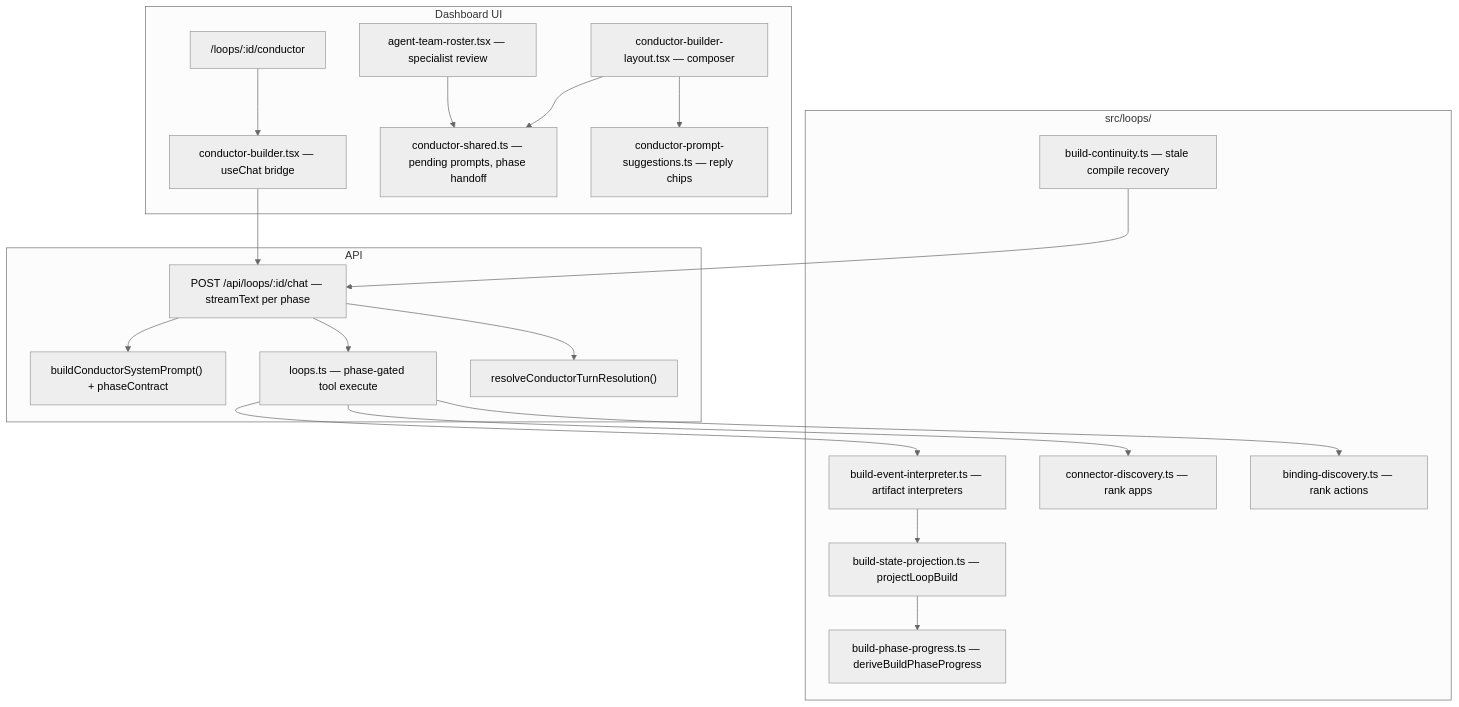
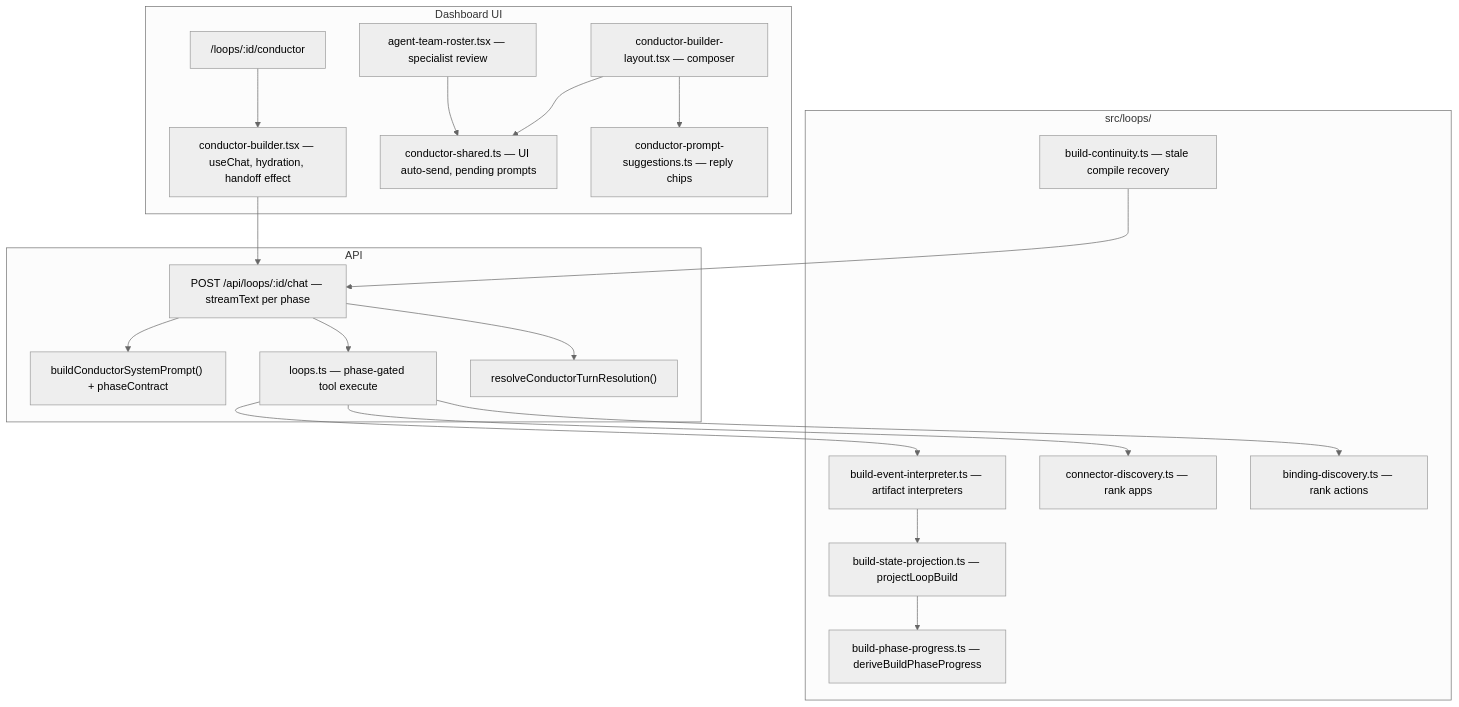
One commit to Dinuda/tallei-ai changed the second of 4 diagrams in docs/conductor.md. Above: the diagram before and after it, drawn with Mermaid (neutral theme). The commit also changed other lines of this file and 224 other files, not shown here.

````diff
--- a/docs/conductor.md
+++ b/docs/conductor.md
@@ -130,41 +126,41 @@
 ```mermaid
 flowchart TB
   subgraph ui ["Dashboard UI"]
     Page["/loops/:id/conductor"]
-    Bridge["conductor-builder.tsx — useChat bridge"]
+    Bridge["conductor-builder.tsx — useChat, hydration, handoff effect"]
     Layout["conductor-builder-layout.tsx — composer"]
-    Shared["conductor-shared.ts — pending prompts, phase handoff"]
+    Shared["conductor-shared.ts — UI auto-send, pending prompts"]
     Suggestions["conductor-prompt-suggestions.ts — reply chips"]
     Roster["agent-team-roster.tsx — specialist review"]
   end
 
   subgraph api ["API"]
     Chat["POST /api/loops/:id/chat — streamText per phase"]
     Prompt["buildConductorSystemPrompt() + phaseContract"]
     Tools["loops.ts — phase-gated tool execute"]
     Resolve["resolveConductorTurnResolution()"]
   end
 
   subgraph domain ["src/loops/"]
     Projection["build-state-projection.ts — projectLoopBuild"]
     Progress["build-phase-progress.ts — deriveBuildPhaseProgress"]
     Interpreter["build-event-interpreter.ts — artifact interpreters"]
     Discovery["connector-discovery.ts — rank apps"]
     Bindings["binding-discovery.ts — rank actions"]
     Continuity["build-continuity.ts — stale compile recovery"]
   end
 
   Page --> Bridge --> Chat
   Layout --> Shared
   Layout --> Suggestions
   Roster --> Shared
   Chat --> Prompt
   Chat --> Tools
   Chat --> Resolve
   Tools --> Interpreter
   Tools --> Discovery
   Tools --> Bindings
   Projection --> Progress
   Interpreter --> Projection
   Continuity --> Chat
 ```
````
